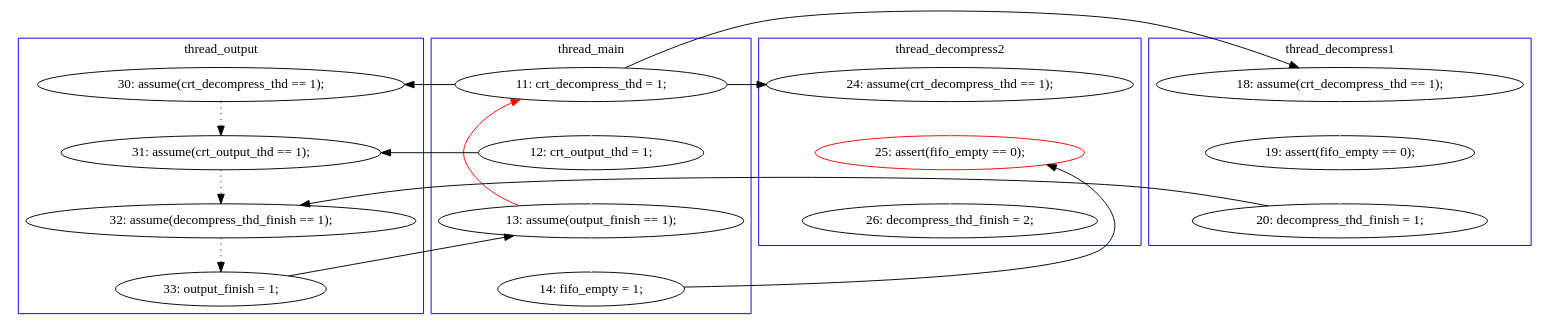
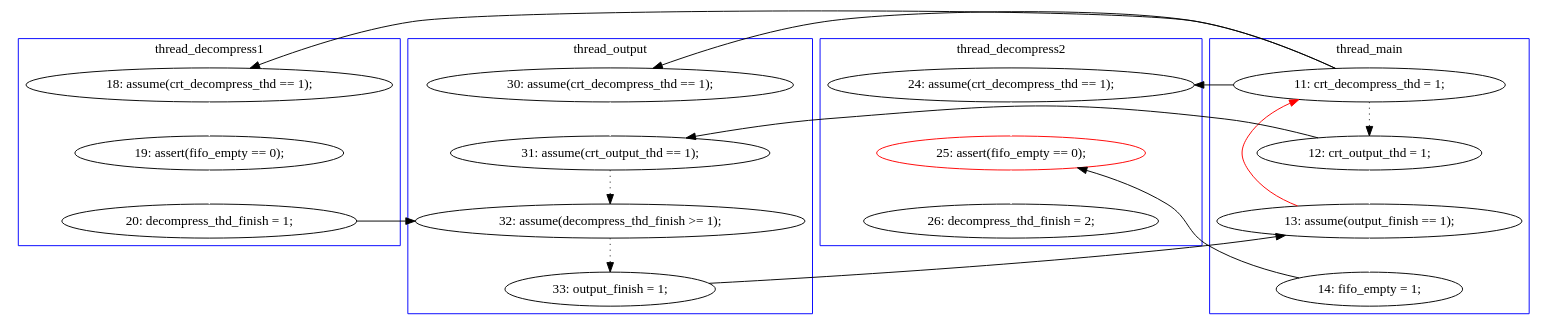
Before and after one commit to hylhp/cav14-model: the diagram in pbzip2.mixed/B-1-graph-sol-4.dot, drawn with Graphviz. The commit also changed 25 other files, not shown here.

```diff
--- a/pbzip2.mixed/B-1-graph-sol-4.dot
+++ b/pbzip2.mixed/B-1-graph-sol-4.dot
@@ -1,50 +1,50 @@
 digraph Counterexample {
-	25 -> 28 [color = white, style = solid]
-	20 -> 21 [color = black, style = solid, constraint = false]
-	12 -> 17 [color = black, style = solid, constraint = false]
-	9 -> 11 [color = black, style = solid, constraint = false]
-	16 -> 18 [color = white, style = solid]
-	14 -> 16 [color = white, style = solid]
-	11 -> 17 [color = black, style = dotted]
-	19 -> 20 [color = black, style = dotted]
-	9 -> 12 [color = white, style = solid]
-	21 -> 22 [color = white, style = solid]
-	9 -> 14 [color = black, style = solid, constraint = false]
-	23 -> 25 [color = white, style = solid]
-	9 -> 23 [color = black, style = solid, constraint = false]
-	12 -> 21 [color = white, style = solid]
-	22 -> 25 [color = black, style = solid, constraint = false]
-	18 -> 19 [color = black, style = solid, constraint = false]
-	21 -> 9 [color = red, style = solid, constraint = false]
-	17 -> 19 [color = black, style = dotted]
+	12 -> 14 [color = white, style = solid]
+	23 -> 26 [color = black, style = solid, constraint = false]
+	20 -> 30 [color = white, style = solid]
+	11 -> 12 [color = black, style = solid, constraint = false]
+	13 -> 21 [color = black, style = solid, constraint = false]
+	22 -> 23 [color = black, style = dotted]
+	26 -> 28 [color = white, style = solid]
+	11 -> 13 [color = black, style = dotted]
+	28 -> 30 [color = black, style = solid, constraint = false]
+	14 -> 15 [color = white, style = solid]
+	26 -> 11 [color = red, style = solid, constraint = false]
+	30 -> 32 [color = white, style = solid]
+	13 -> 26 [color = white, style = solid]
+	21 -> 22 [color = black, style = dotted]
+	11 -> 20 [color = black, style = solid, constraint = false]
+	15 -> 22 [color = black, style = solid, constraint = false]
+	18 -> 21 [color = white, style = solid]
+	11 -> 18 [color = black, style = solid, constraint = false]
 	subgraph cluster2 {
 		label = thread_decompress1
 		color = blue
-		18  [label = "20: decompress_thd_finish = 1;"]
-		14  [label = "18: assume(crt_decompress_thd == 1);"]
-		16  [label = "19: assert(fifo_empty == 0);"]
+		12  [label = "18: assume(crt_decompress_thd == 1);"]
+		14  [label = "19: assert(fifo_empty == 0);"]
+		15  [label = "20: decompress_thd_finish = 1;"]
+	}
+	subgraph cluster4 {
+		label = thread_output
+		color = blue
+		23  [label = "33: output_finish = 1;"]
+		22  [label = "32: assume(decompress_thd_finish >= 1);"]
+		18  [label = "30: assume(crt_decompress_thd == 1);"]
+		21  [label = "31: assume(crt_output_thd == 1);"]
 	}
 	subgraph cluster3 {
 		label = thread_decompress2
 		color = blue
-		23  [label = "24: assume(crt_decompress_thd == 1);"]
-		25  [label = "25: assert(fifo_empty == 0);", color = red]
-		28  [label = "26: decompress_thd_finish = 2;"]
-	}
-	subgraph cluster4 {
-		label = thread_output
-		color = blue
-		19  [label = "32: assume(decompress_thd_finish == 1);"]
-		17  [label = "31: assume(crt_output_thd == 1);"]
-		11  [label = "30: assume(crt_decompress_thd == 1);"]
-		20  [label = "33: output_finish = 1;"]
+		20  [label = "24: assume(crt_decompress_thd == 1);"]
+		30  [label = "25: assert(fifo_empty == 0);", color = red]
+		32  [label = "26: decompress_thd_finish = 2;"]
 	}
 	subgraph cluster1 {
 		label = thread_main
 		color = blue
-		21  [label = "13: assume(output_finish == 1);"]
-		22  [label = "14: fifo_empty = 1;"]
-		9  [label = "11: crt_decompress_thd = 1;"]
-		12  [label = "12: crt_output_thd = 1;"]
+		11  [label = "11: crt_decompress_thd = 1;"]
+		13  [label = "12: crt_output_thd = 1;"]
+		26  [label = "13: assume(output_finish == 1);"]
+		28  [label = "14: fifo_empty = 1;"]
 	}
 }
```
